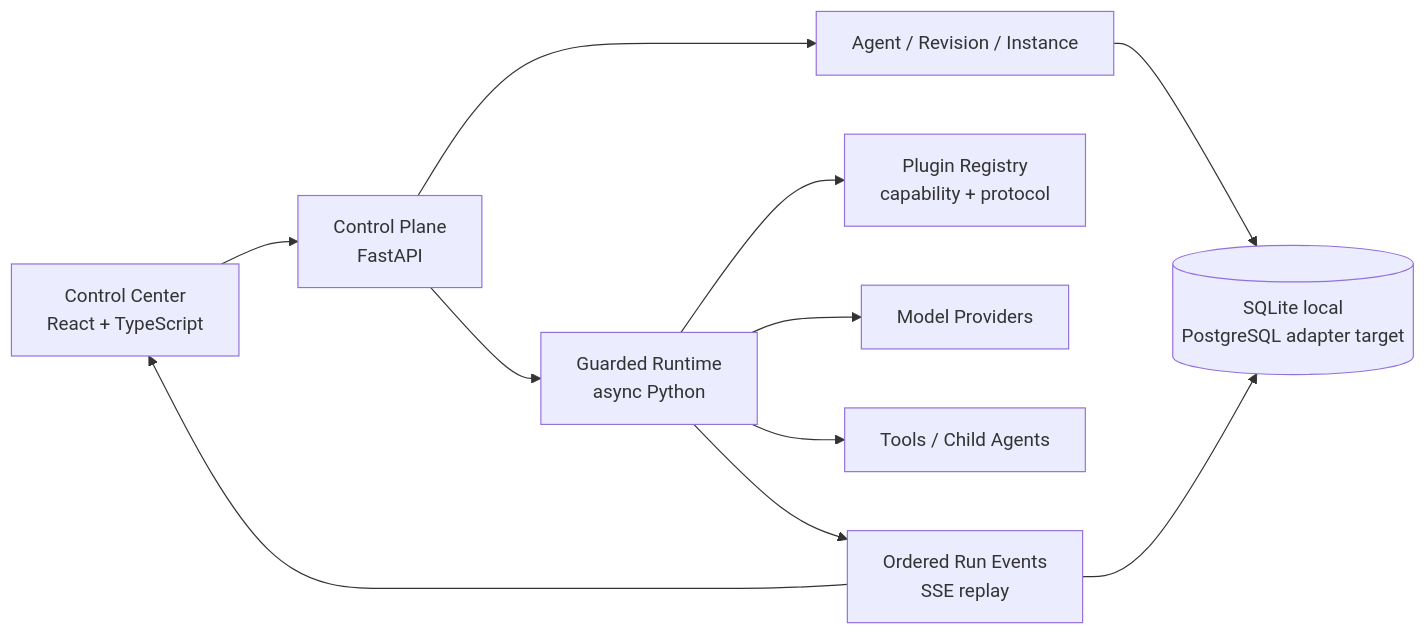
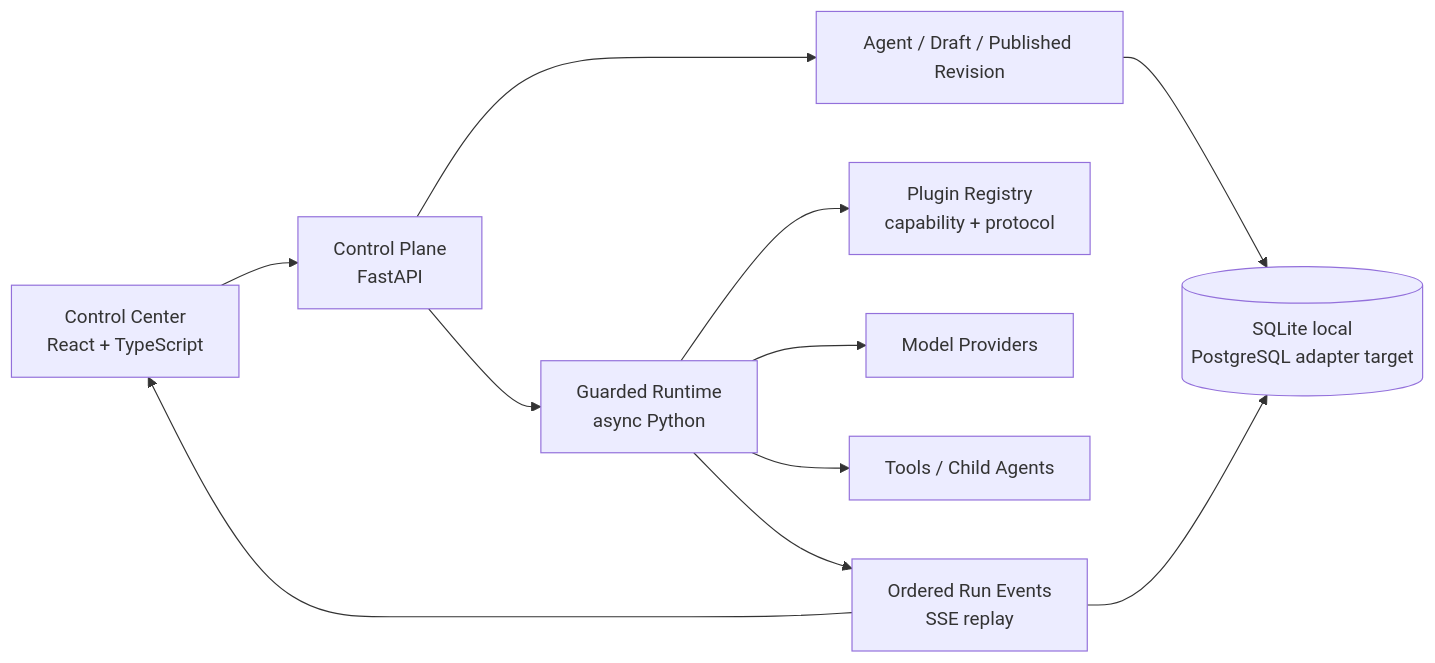
One commit to 414960701/uai changed the diagram in README.md. Above: the diagram before and after it, drawn with Mermaid. The commit also changed other lines of this file and 134 other files, not shown here.

````diff
--- a/README.md
+++ b/README.md
@@ -29,23 +29,23 @@
 ```mermaid
 flowchart LR
   UI["Control Center<br/>React + TypeScript"]
   API["Control Plane<br/>FastAPI"]
-  Registry["Agent / Revision / Instance"]
+  Registry["Agent / Draft / Published Revision"]
   Runtime["Guarded Runtime<br/>async Python"]
   Plugins["Plugin Registry<br/>capability + protocol"]
   Store[("SQLite local<br/>PostgreSQL adapter target")]
   Events["Ordered Run Events<br/>SSE replay"]
   Provider["Model Providers"]
   Tools["Tools / Child Agents"]
 
   UI --> API
   API --> Registry
   API --> Runtime
   Registry --> Store
   Runtime --> Plugins
   Runtime --> Provider
   Runtime --> Tools
   Runtime --> Events
   Events --> Store
   Events --> UI
 ```
````
